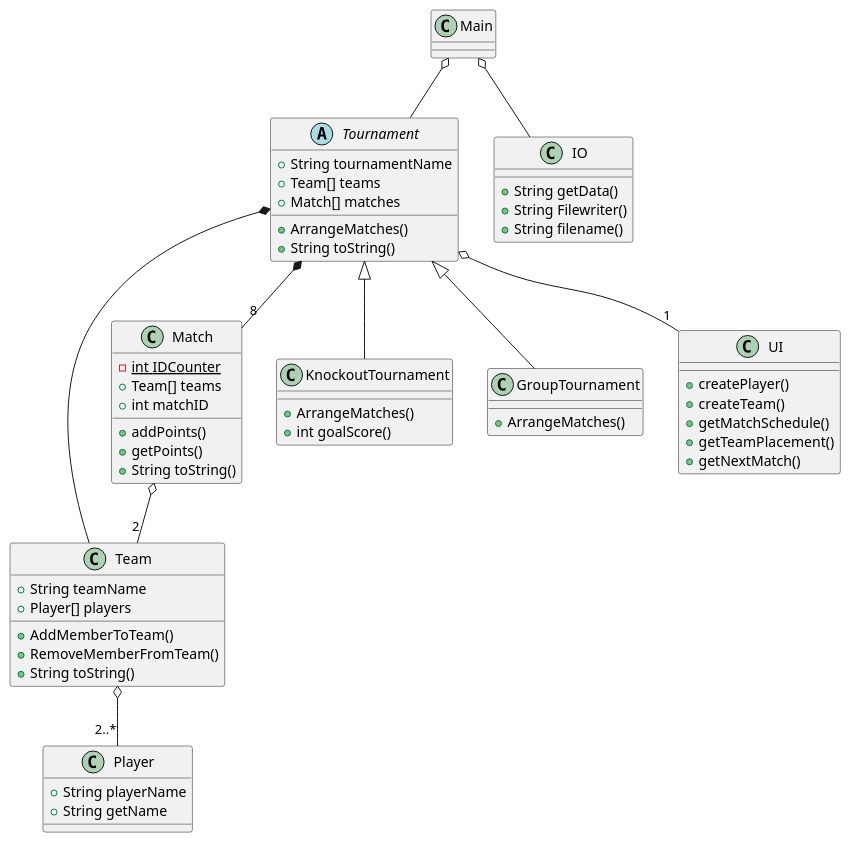
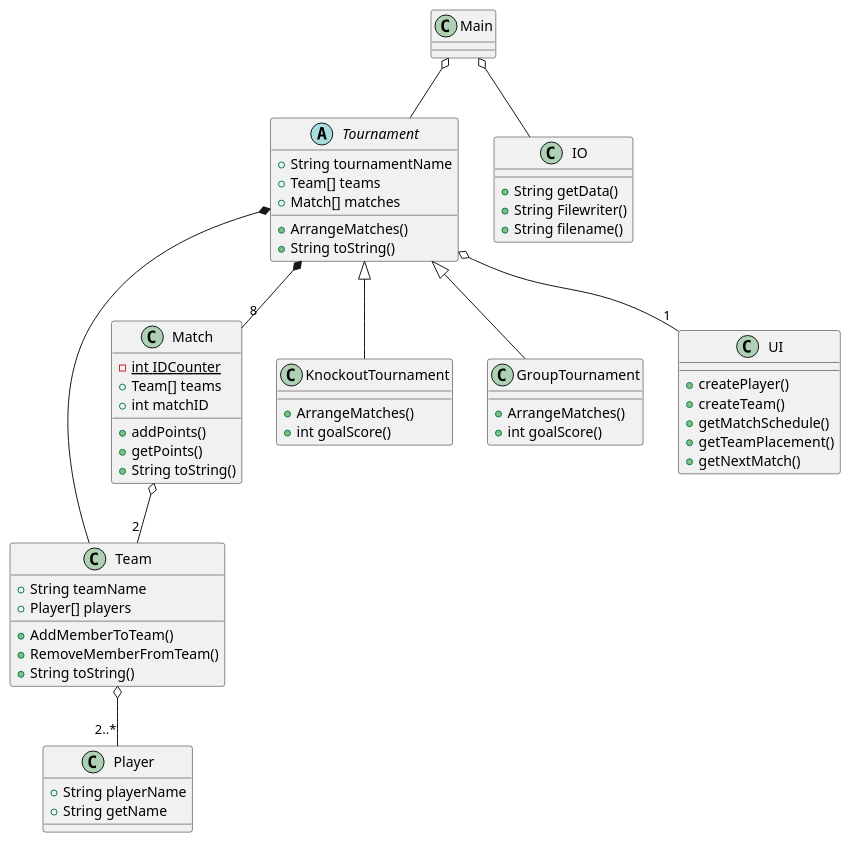
One commit to DeRp-DaWg/SP3 changed the diagram in doc/Class.puml. Above: the diagram before and after it, drawn with PlantUML.

```diff
--- a/doc/Class.puml
+++ b/doc/Class.puml
@@ -1,70 +1,71 @@
 @startuml
 'https://plantuml.com/class-diagram
 
 class Player {
 +String playerName
 +String getName
 }
 
 class Team {
 +String teamName
 +Player[] players
 +AddMemberToTeam()
 +RemoveMemberFromTeam()
 +String toString()
 }
 
 class Match{
 -int {static} IDCounter
 +Team[] teams
 +int matchID
 +addPoints()
 +getPoints()
 +String toString()
 }
 
 abstract Tournament {
 +String tournamentName
 +Team[] teams
 +Match[] matches
 +ArrangeMatches()
 +String toString()
 }
 
 class KnockoutTournament{
 +ArrangeMatches()
 +int goalScore()
 }
 
 class GroupTournament{
 +ArrangeMatches()
++int goalScore()
 }
 
 class UI {
 +createPlayer()
 +createTeam()
 +getMatchSchedule()
 +getTeamPlacement()
 +getNextMatch()
 }
 
 class IO {
 +String getData()
 +String Filewriter()
 +String filename()
 }
 
 class Main{
 }
 
 Main o-- Tournament
 Main o-- IO
 Tournament o-- "1" UI
 Tournament *-- "8" Match
 Tournament *-- Team
 Match o-- "2" Team
 Team o-- "2..*" Player
 Tournament <|-- KnockoutTournament
 Tournament <|-- GroupTournament
 
 @enduml
```
